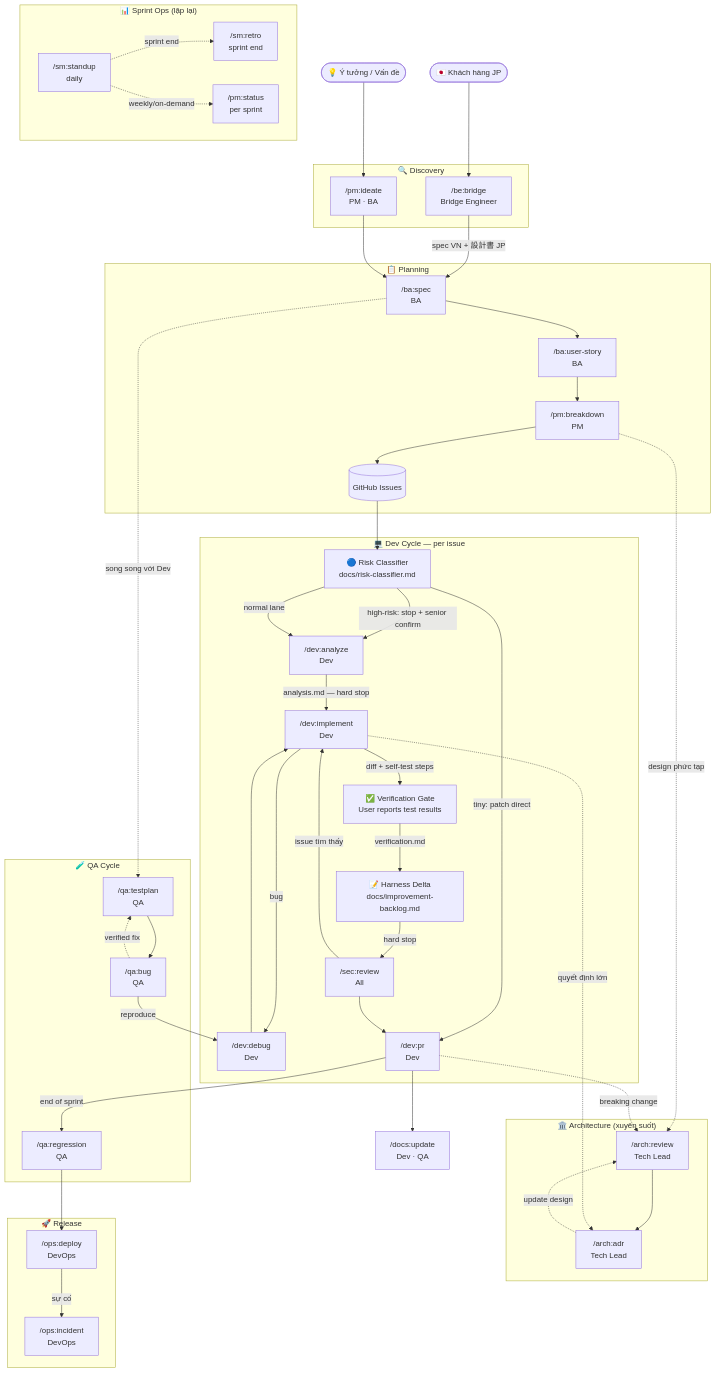
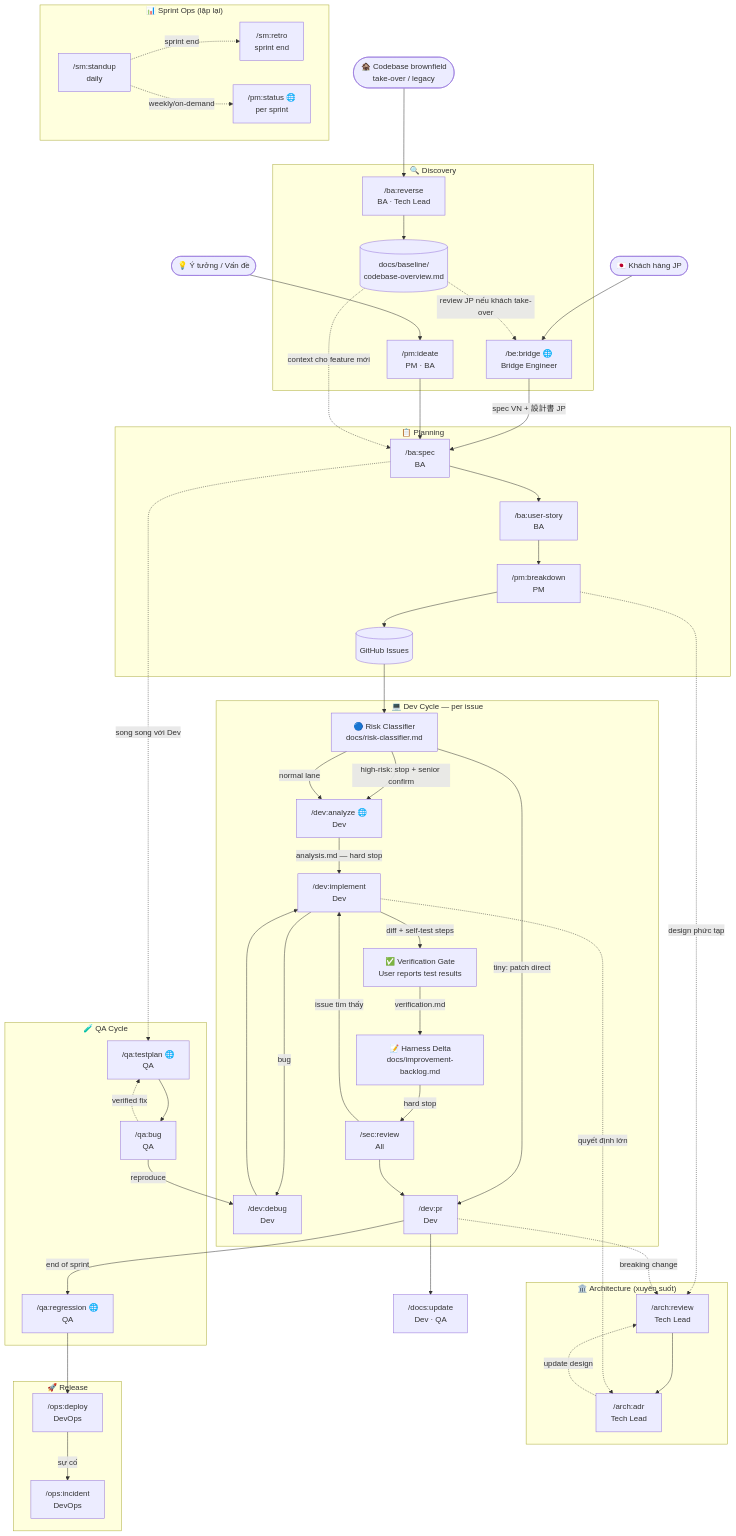
The diagram in docs/workflows/skill-flowchart.md (hiepdnh/Agentic-Development-Lifecycle), drawn with Mermaid before and after one commit. The commit also changed other lines of this file and 6 other files, not shown here.

First line of the commit message:
feat(dev:review): thêm skill review tổng quan + cập nhật workflow docs

```diff
--- a/docs/workflows/skill-flowchart.md
+++ b/docs/workflows/skill-flowchart.md
@@ -11,11 +11,14 @@
     %% ── Đầu vào ──
     JP([🇯🇵 Khách hàng JP])
     IDEA([💡 Ý tưởng / Vấn đề])
+    LEGACY([🏚️ Codebase brownfield<br/>take-over / legacy])
 
     %% ── Discovery ──
     subgraph DISC ["🔍 Discovery"]
-        BRIDGE["/be:bridge\nBridge Engineer"]
+        BRIDGE["/be:bridge 🌐\nBridge Engineer"]
         IDEATE["/pm:ideate\nPM · BA"]
+        REVERSE["/ba:reverse\nBA · Tech Lead"]
+        BASELINE[(docs/baseline/<br/>codebase-overview.md)]
     end
 
     %% ── Planning ──
@@ -35,7 +38,7 @@
     %% ── Dev per Issue ──
     subgraph DEV ["💻 Dev Cycle — per issue"]
         RISK["🔵 Risk Classifier\ndocs/risk-classifier.md"]
-        ANALYZE["/dev:analyze\nDev"]
+        ANALYZE["/dev:analyze 🌐\nDev"]
         IMPLEMENT["/dev:implement\nDev"]
         VERIFY["✅ Verification Gate\nUser reports test results"]
         HARNESS["📝 Harness Delta\ndocs/improvement-backlog.md"]
@@ -46,15 +49,15 @@
 
     %% ── QA ──
     subgraph QA ["🧪 QA Cycle"]
-        TESTPLAN["/qa:testplan\nQA"]
+        TESTPLAN["/qa:testplan 🌐\nQA"]
         BUGR["/qa:bug\nQA"]
-        REGRESSION["/qa:regression\nQA"]
+        REGRESSION["/qa:regression 🌐\nQA"]
     end
 
     %% ── Sprint Ops ──
     subgraph SPRINT ["📊 Sprint Ops (lặp lại)"]
         STANDUP["/sm:standup\ndaily"]
-        STATUS["/pm:status\nper sprint"]
+        STATUS["/pm:status 🌐\nper sprint"]
         RETRO["/sm:retro\nsprint end"]
     end
 
@@ -74,10 +77,14 @@
     %% Entry
     JP --> BRIDGE
     IDEA --> IDEATE
+    LEGACY --> REVERSE
 
     %% Discovery → Planning
     BRIDGE -->|"spec VN + 設計書 JP"| SPEC
     IDEATE --> SPEC
+    REVERSE --> BASELINE
+    BASELINE -.->|"context cho feature mới"| SPEC
+    BASELINE -.->|"review JP nếu khách take-over"| BRIDGE
     SPEC --> STORY
     STORY --> BREAKDOWN
     BREAKDOWN --> ISSUES
```
